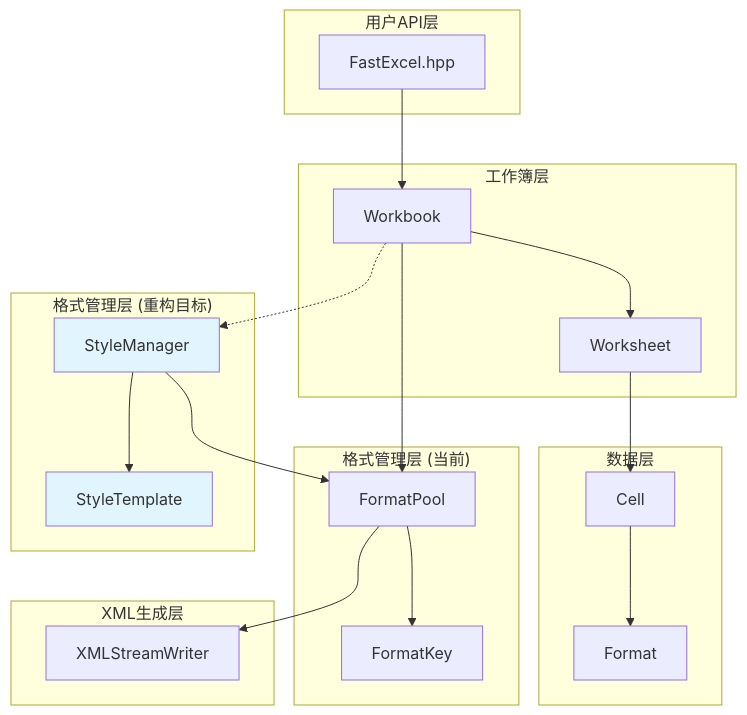
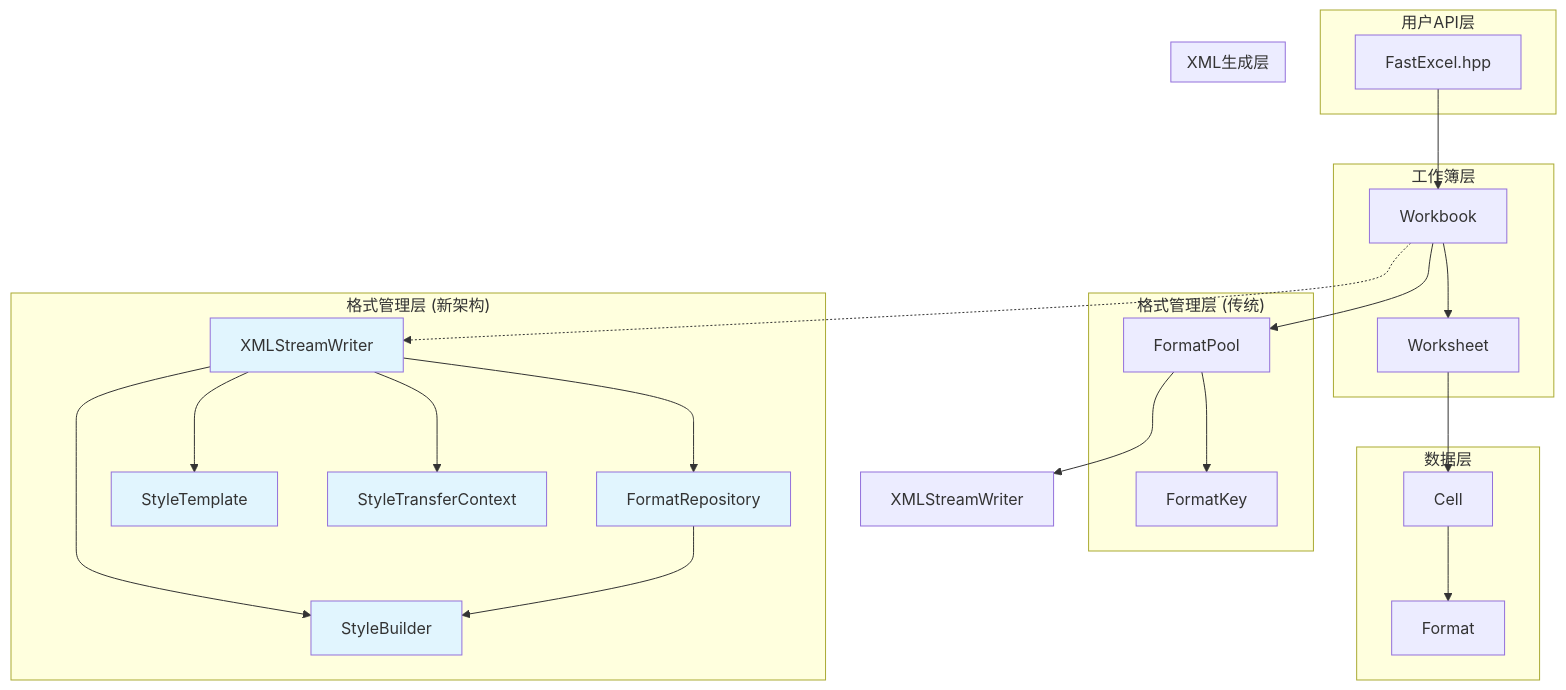
Before and after one commit to wuxianggujun/FastExcel: the diagram in docs/FastExcel架构与格式管理重构文档.md, drawn with Mermaid. The commit also changed other lines of this file and 3 other files, not shown here.

````diff
--- a/docs/FastExcel架构与格式管理重构文档.md
+++ b/docs/FastExcel架构与格式管理重构文档.md
@@ -68,46 +73,55 @@
 ```mermaid
 graph TB
     subgraph "用户API层"
         A[FastExcel.hpp]
     end
     
     subgraph "工作簿层"
         B[Workbook]
         C[Worksheet]
     end
     
     subgraph "数据层"
         D[Cell]
         E[Format]
     end
     
-    subgraph "格式管理层 (当前)"
+    subgraph "格式管理层 (传统)"
         F[FormatPool]
         G[FormatKey]
     end
     
-    subgraph "格式管理层 (重构目标)"
-        H[StyleManager]
-        I[StyleTemplate]
+    subgraph "格式管理层 (新架构)"
+        H[FormatRepository]
+        I[StyleBuilder]
+        J[StyleManager]
+        K[StyleTemplate]
+        L[StyleTransferContext]
     end
     
     subgraph "XML生成层"
         J[XMLStreamWriter]
     end
     
     A --> B
     B --> C
     C --> D
     D --> E
     B --> F
     F --> G
-    F --> J
+    F --> XMLWriter[XMLStreamWriter]
     
-    %% 重构后的关系
+    %% 新架构的关系
+    J --> H
+    J --> I
+    J --> K
+    J --> L
     H --> I
-    H --> F
-    B -.-> H
+    B -.-> J
     
     style H fill:#e1f5fe
     style I fill:#e1f5fe
+    style J fill:#e1f5fe
+    style K fill:#e1f5fe
+    style L fill:#e1f5fe
 ```
````
